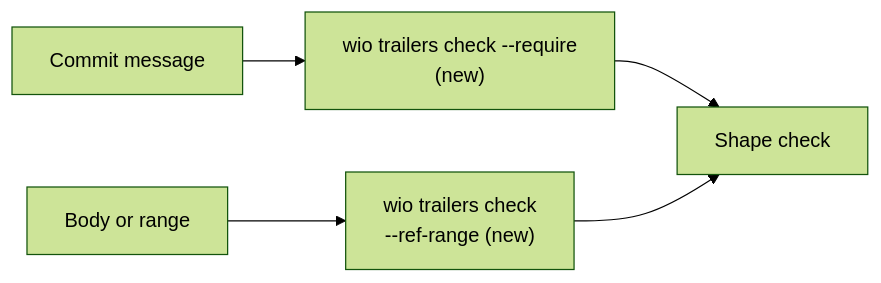
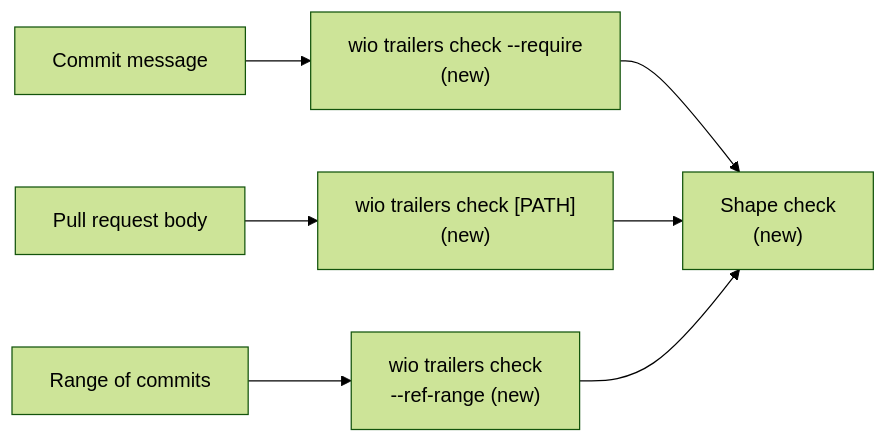
One commit to msitarz/wio changed the second of 2 diagrams in .agents/wio/works/wio-trailers/wio-trailers-check/README.md. Above: the diagram before and after it, drawn with Mermaid (forest theme). The commit also changed other lines of this file, not shown here.

First line of the commit message:
docs(trailers): bring the check parent in line with its tree

````diff
--- a/.agents/wio/works/wio-trailers/wio-trailers-check/README.md
+++ b/.agents/wio/works/wio-trailers/wio-trailers-check/README.md
@@ -62,7 +63,9 @@
 ```mermaid
 flowchart LR
   M[Commit message] --> C["wio trailers check --require\n(new)"]
-  B[Body or range] --> A["wio trailers check\n--ref-range (new)"]
-  C --> S[Shape check]
+  B[Pull request body] --> P["wio trailers check [PATH]\n(new)"]
+  R[Range of commits] --> A["wio trailers check\n--ref-range (new)"]
+  C --> S["Shape check\n(new)"]
+  P --> S
   A --> S
 ```
````
